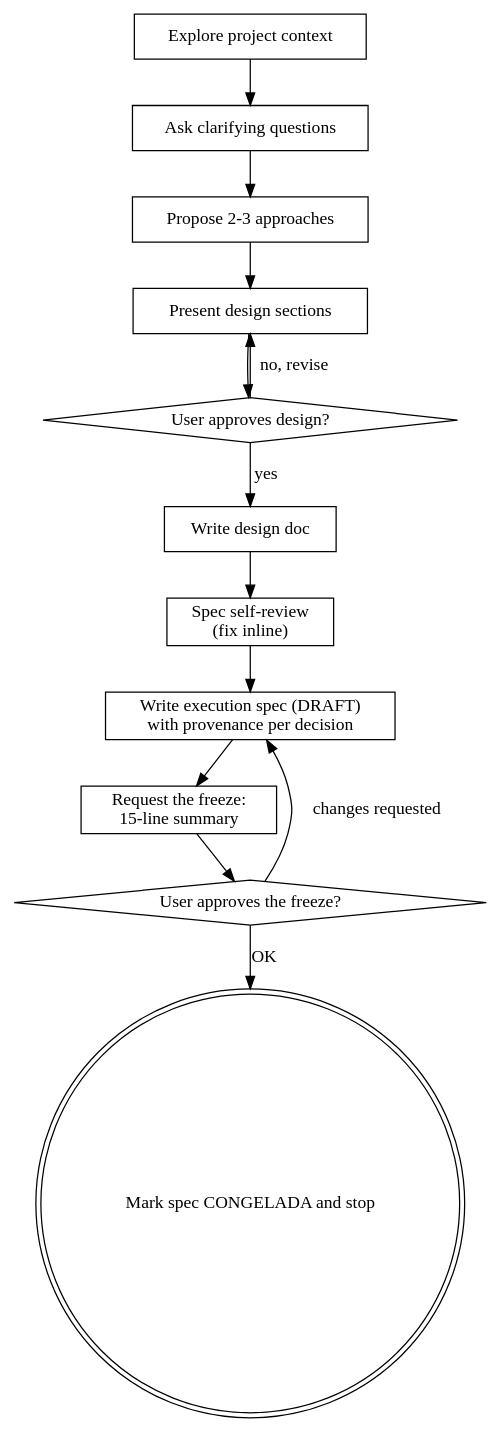
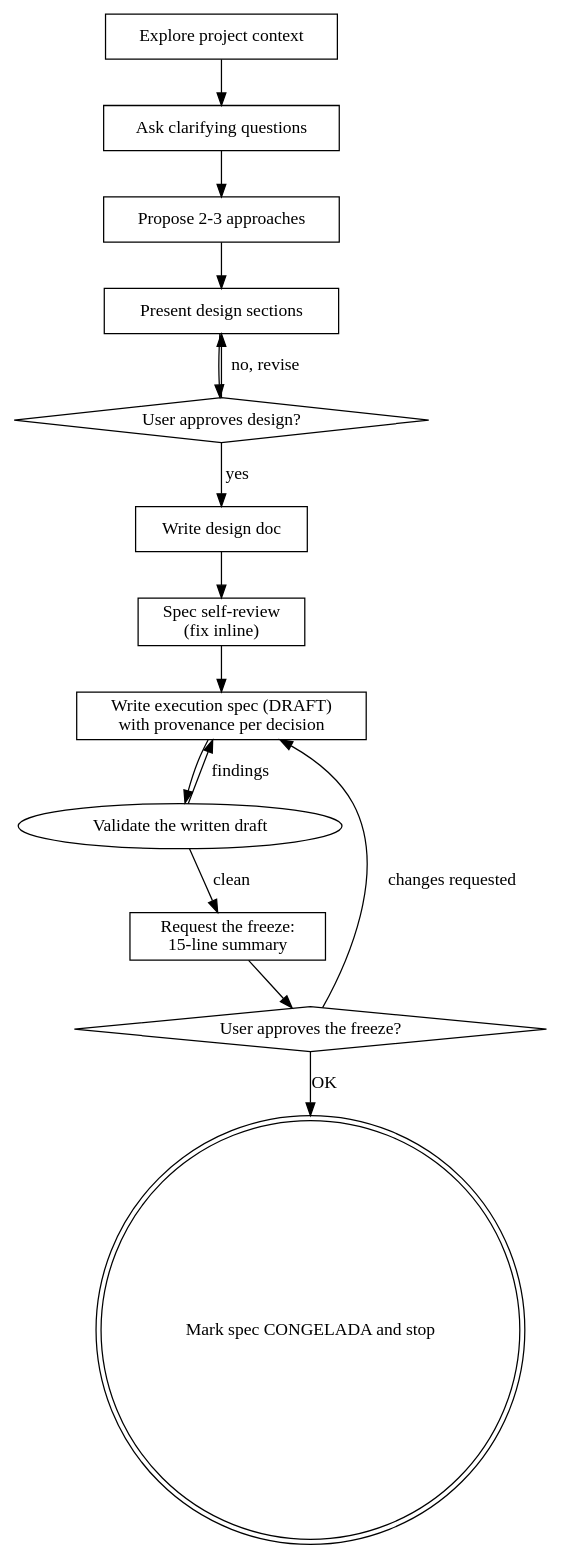
The diagram in plugin/skills/ct-brainstorming/SKILL.md (mercadona/control-tower), drawn with Graphviz before and after one commit. The commit also changed other lines of this file and 11 other files, not shown here.

````diff
--- a/plugin/skills/ct-brainstorming/SKILL.md
+++ b/plugin/skills/ct-brainstorming/SKILL.md
@@ -36,28 +37,30 @@
 ```dot
 digraph brainstorming {
     "Explore project context" [shape=box];
     "Ask clarifying questions" [shape=box];
     "Propose 2-3 approaches" [shape=box];
     "Present design sections" [shape=box];
     "User approves design?" [shape=diamond];
     "Write design doc" [shape=box];
     "Spec self-review\n(fix inline)" [shape=box];
     "Write execution spec (DRAFT)\nwith provenance per decision" [shape=box];
     "Request the freeze:\n15-line summary" [shape=box];
     "User approves the freeze?" [shape=diamond];
     "Mark spec CONGELADA and stop" [shape=doublecircle];
 
     "Explore project context" -> "Ask clarifying questions";
     "Ask clarifying questions" -> "Propose 2-3 approaches";
     "Propose 2-3 approaches" -> "Present design sections";
     "Present design sections" -> "User approves design?";
     "User approves design?" -> "Present design sections" [label="no, revise"];
     "User approves design?" -> "Write design doc" [label="yes"];
     "Write design doc" -> "Spec self-review\n(fix inline)";
     "Spec self-review\n(fix inline)" -> "Write execution spec (DRAFT)\nwith provenance per decision";
-    "Write execution spec (DRAFT)\nwith provenance per decision" -> "Request the freeze:\n15-line summary";
+    "Write execution spec (DRAFT)\nwith provenance per decision" -> "Validate the written draft";
+    "Validate the written draft" -> "Write execution spec (DRAFT)\nwith provenance per decision" [label="findings"];
+    "Validate the written draft" -> "Request the freeze:\n15-line summary" [label="clean"];
     "Request the freeze:\n15-line summary" -> "User approves the freeze?";
     "User approves the freeze?" -> "Write execution spec (DRAFT)\nwith provenance per decision" [label="changes requested"];
     "User approves the freeze?" -> "Mark spec CONGELADA and stop" [label="OK"];
 }
 ```
````
